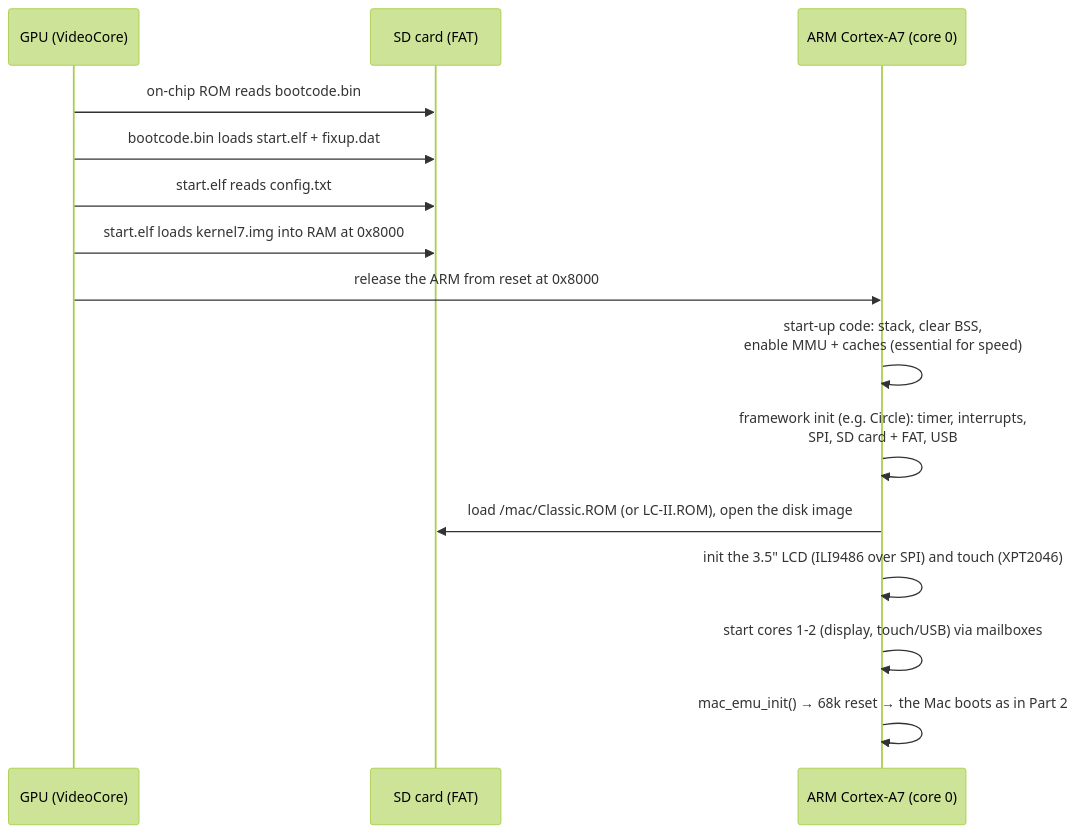
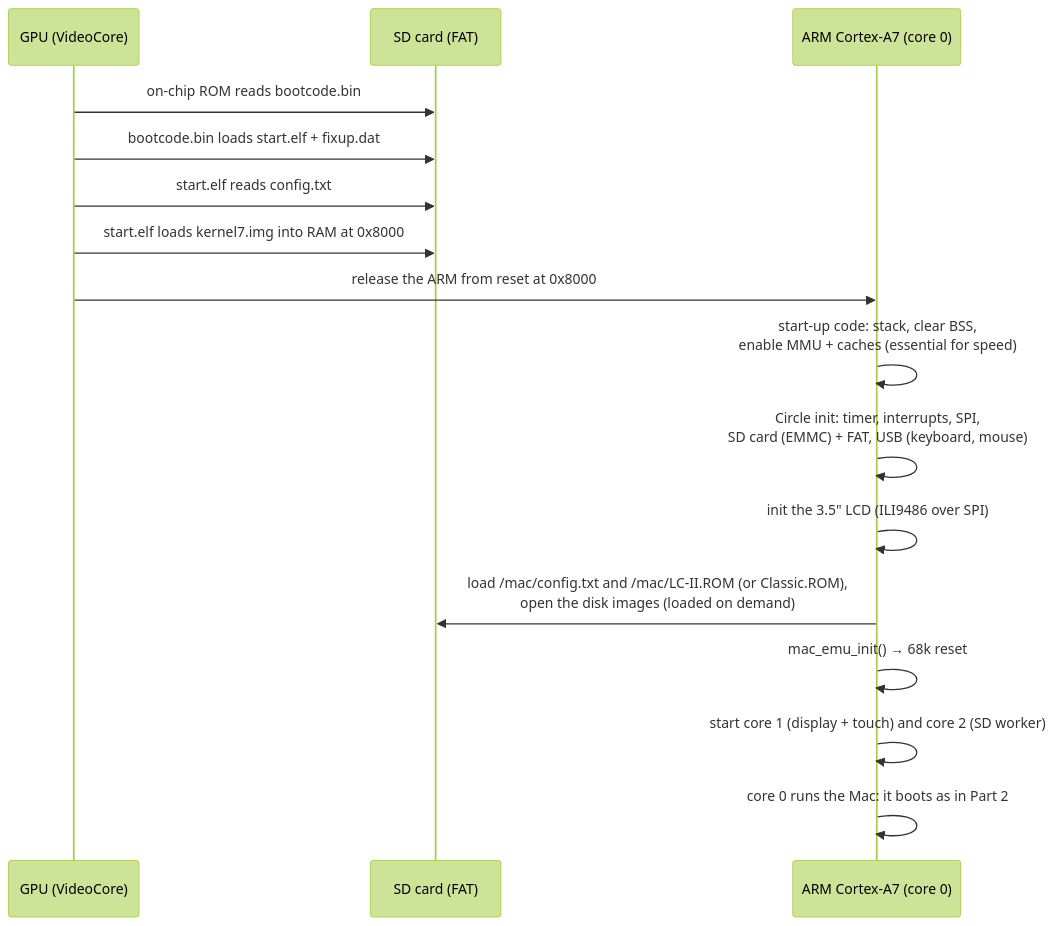
The fifth of 5 diagrams in docs/learn/08-boot-explained.md (muchachopolo/MacEmulator-ESP32-WT32-SC01), drawn with Mermaid (forest theme) before and after one commit. The commit also changed other lines of this file and 12 other files, not shown here.

Commit message:
Docs: Raspberry Pi port (ports/rpi/README, learning chapter 9), platform hooks in the architecture overview, keyboard/drive 2/FPU fix/repaint in the references, split_disk.py, plans updated

````diff
--- a/docs/learn/08-boot-explained.md
+++ b/docs/learn/08-boot-explained.md
@@ -167,17 +168,18 @@
 ```mermaid
 sequenceDiagram
     participant GPU as GPU (VideoCore)
     participant SD as SD card (FAT)
     participant ARM as ARM Cortex-A7 (core 0)
     GPU->>SD: on-chip ROM reads bootcode.bin
     GPU->>SD: bootcode.bin loads start.elf + fixup.dat
     GPU->>SD: start.elf reads config.txt
     GPU->>SD: start.elf loads kernel7.img into RAM at 0x8000
     GPU->>ARM: release the ARM from reset at 0x8000
     ARM->>ARM: start-up code: stack, clear BSS,<br/>enable MMU + caches (essential for speed)
-    ARM->>ARM: framework init (e.g. Circle): timer, interrupts,<br/>SPI, SD card + FAT, USB
-    ARM->>SD: load /mac/Classic.ROM (or LC-II.ROM), open the disk image
-    ARM->>ARM: init the 3.5" LCD (ILI9486 over SPI) and touch (XPT2046)
-    ARM->>ARM: start cores 1-2 (display, touch/USB) via mailboxes
-    ARM->>ARM: mac_emu_init() → 68k reset → the Mac boots as in Part 2
+    ARM->>ARM: Circle init: timer, interrupts, SPI,<br/>SD card (EMMC) + FAT, USB (keyboard, mouse)
+    ARM->>ARM: init the 3.5" LCD (ILI9486 over SPI)
+    ARM->>SD: load /mac/config.txt and /mac/LC-II.ROM (or Classic.ROM),<br/>open the disk images (loaded on demand)
+    ARM->>ARM: mac_emu_init() → 68k reset
+    ARM->>ARM: start core 1 (display + touch) and core 2 (SD worker)
+    ARM->>ARM: core 0 runs the Mac: it boots as in Part 2
 ```
````
